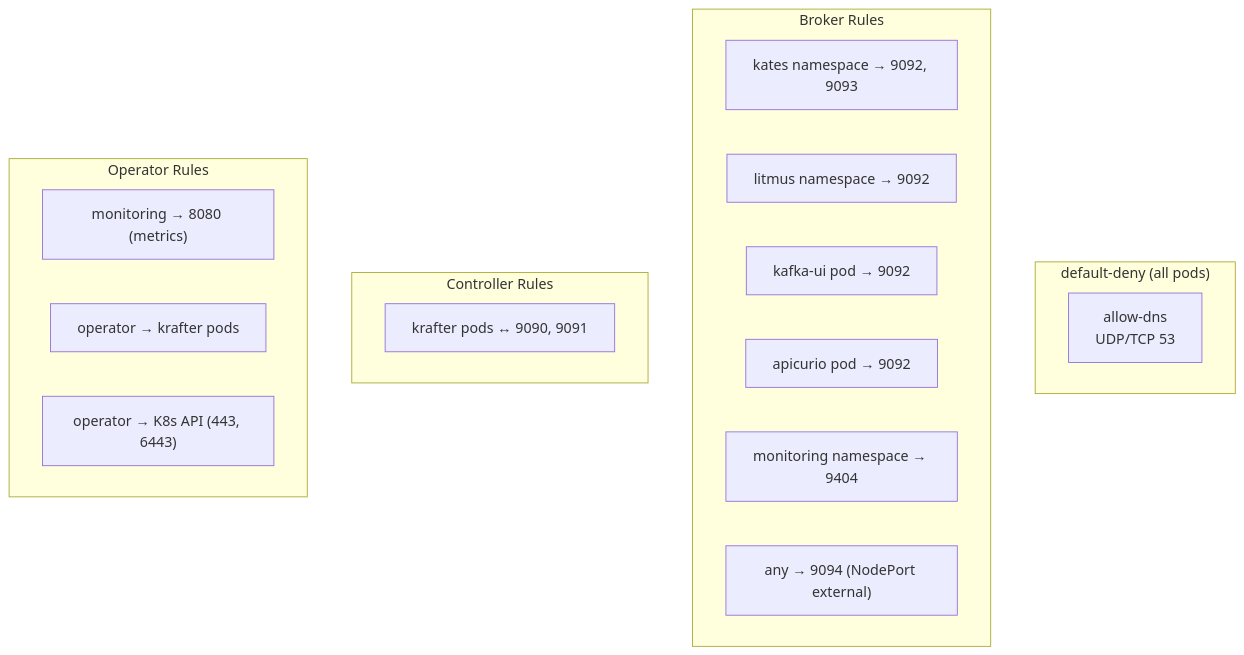
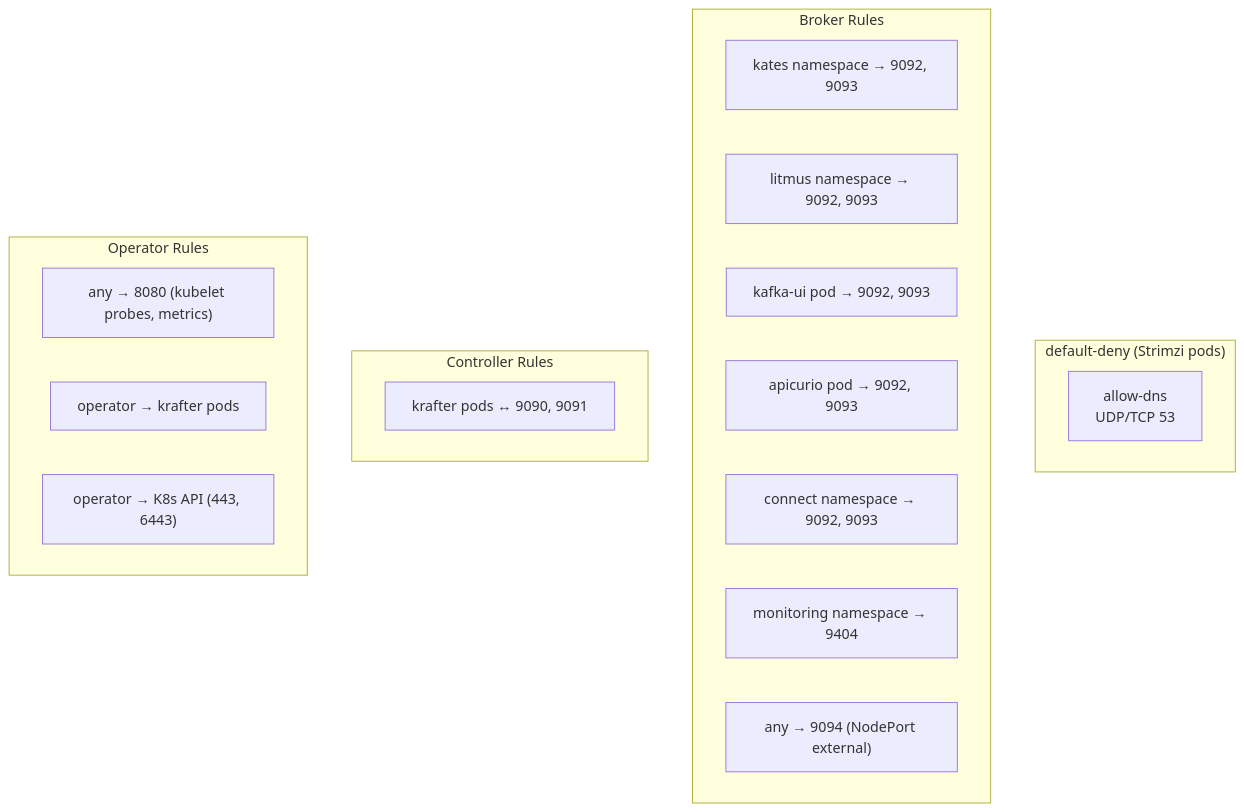
The fifth of 6 diagrams in docs/book/17-security.md (actions-marketplace-validations/bmscomp_kates), drawn with Mermaid before and after one commit. The commit also changed other lines of this file and 23 other files, not shown here.

````diff
--- a/docs/book/17-security.md
+++ b/docs/book/17-security.md
@@ -349,25 +361,26 @@
 ```mermaid
 graph TD
-    subgraph Default["default-deny (all pods)"]
+    subgraph Default["default-deny (Strimzi pods)"]
         DNS["allow-dns<br/>UDP/TCP 53"]
     end
 
     subgraph Broker Rules
         B1["kates namespace → 9092, 9093"]
-        B2["litmus namespace → 9092"]
-        B3["kafka-ui pod → 9092"]
-        B4["apicurio pod → 9092"]
-        B5["monitoring namespace → 9404"]
-        B6["any → 9094 (NodePort external)"]
+        B2["litmus namespace → 9092, 9093"]
+        B3["kafka-ui pod → 9092, 9093"]
+        B4["apicurio pod → 9092, 9093"]
+        B5["connect namespace → 9092, 9093"]
+        B6["monitoring namespace → 9404"]
+        B7["any → 9094 (NodePort external)"]
     end
 
     subgraph Controller Rules
         C1["krafter pods ↔ 9090, 9091"]
     end
 
     subgraph Operator Rules
-        O1["monitoring → 8080 (metrics)"]
+        O1["any → 8080 (kubelet probes, metrics)"]
         O2["operator → krafter pods"]
         O3["operator → K8s API (443, 6443)"]
     end
 ```
````
